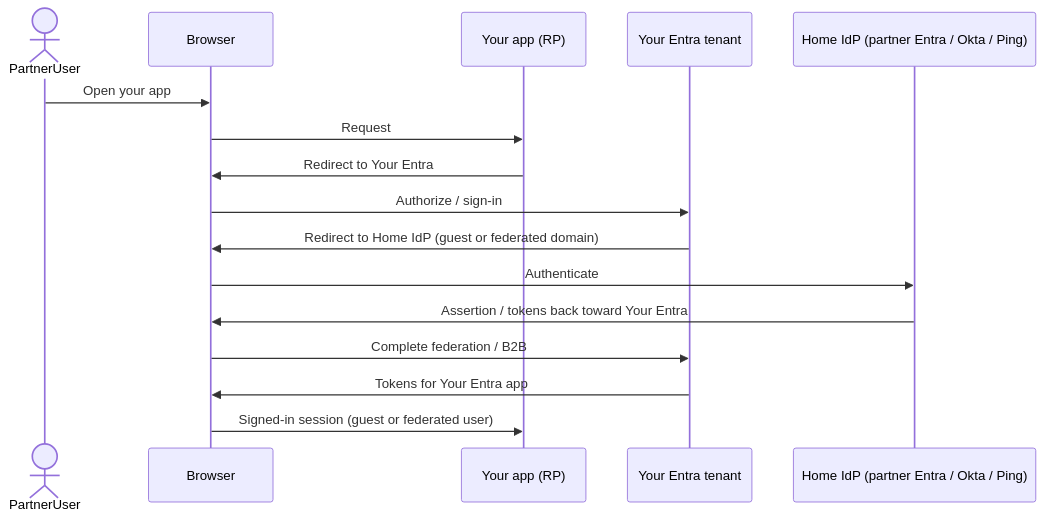
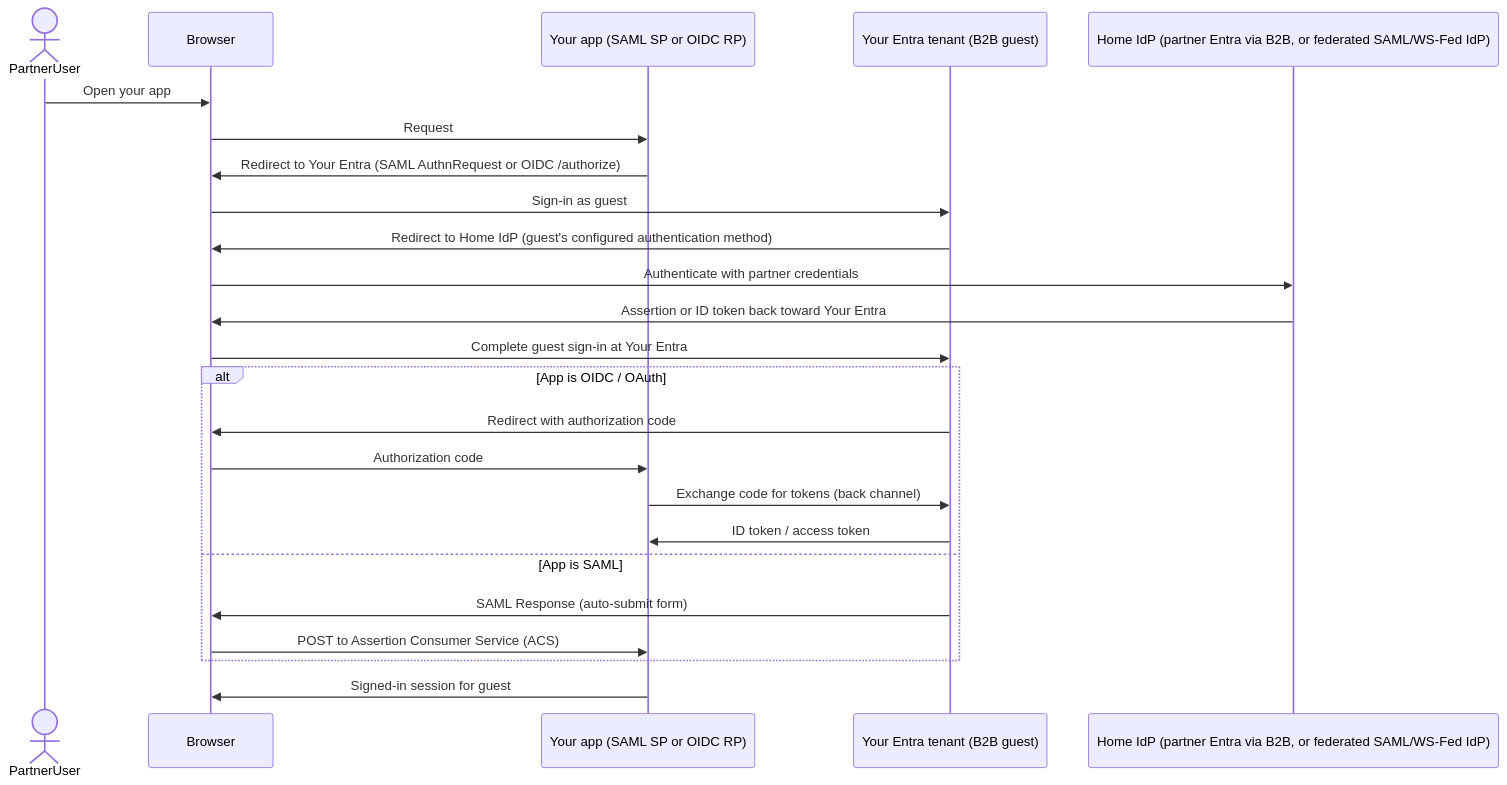
Before and after one commit to jetri/sso-landscape: the diagram in docs/05-cross-federation.md, drawn with Mermaid. The commit also changed other lines of this file, not shown here.

First line of the commit message:
Fix B2B/federation accuracy in cross-federation reference.

````diff
--- a/docs/05-cross-federation.md
+++ b/docs/05-cross-federation.md
@@ -61,19 +71,27 @@
 ```mermaid
 sequenceDiagram
   actor PartnerUser
   participant Browser
-  participant App as Your app (RP)
-  participant YourEntra as Your Entra tenant
-  participant HomeIdP as Home IdP (partner Entra / Okta / Ping)
+  participant App as Your app (SAML SP or OIDC RP)
+  participant YourEntra as Your Entra tenant (B2B guest)
+  participant HomeIdP as Home IdP (partner Entra via B2B, or federated SAML/WS-Fed IdP)
 
   PartnerUser->>Browser: Open your app
   Browser->>App: Request
-  App->>Browser: Redirect to Your Entra
-  Browser->>YourEntra: Authorize / sign-in
-  YourEntra->>Browser: Redirect to Home IdP (guest or federated domain)
-  Browser->>HomeIdP: Authenticate
-  HomeIdP->>Browser: Assertion / tokens back toward Your Entra
-  Browser->>YourEntra: Complete federation / B2B
-  YourEntra->>Browser: Tokens for Your Entra app
-  Browser->>App: Signed-in session (guest or federated user)
+  App->>Browser: Redirect to Your Entra (SAML AuthnRequest or OIDC /authorize)
+  Browser->>YourEntra: Sign-in as guest
+  YourEntra->>Browser: Redirect to Home IdP (guest's configured authentication method)
+  Browser->>HomeIdP: Authenticate with partner credentials
+  HomeIdP->>Browser: Assertion or ID token back toward Your Entra
+  Browser->>YourEntra: Complete guest sign-in at Your Entra
+  alt App is OIDC / OAuth
+    YourEntra->>Browser: Redirect with authorization code
+    Browser->>App: Authorization code
+    App->>YourEntra: Exchange code for tokens (back channel)
+    YourEntra->>App: ID token / access token
+  else App is SAML
+    YourEntra->>Browser: SAML Response (auto-submit form)
+    Browser->>App: POST to Assertion Consumer Service (ACS)
+  end
+  App->>Browser: Signed-in session for guest
 ```
````
